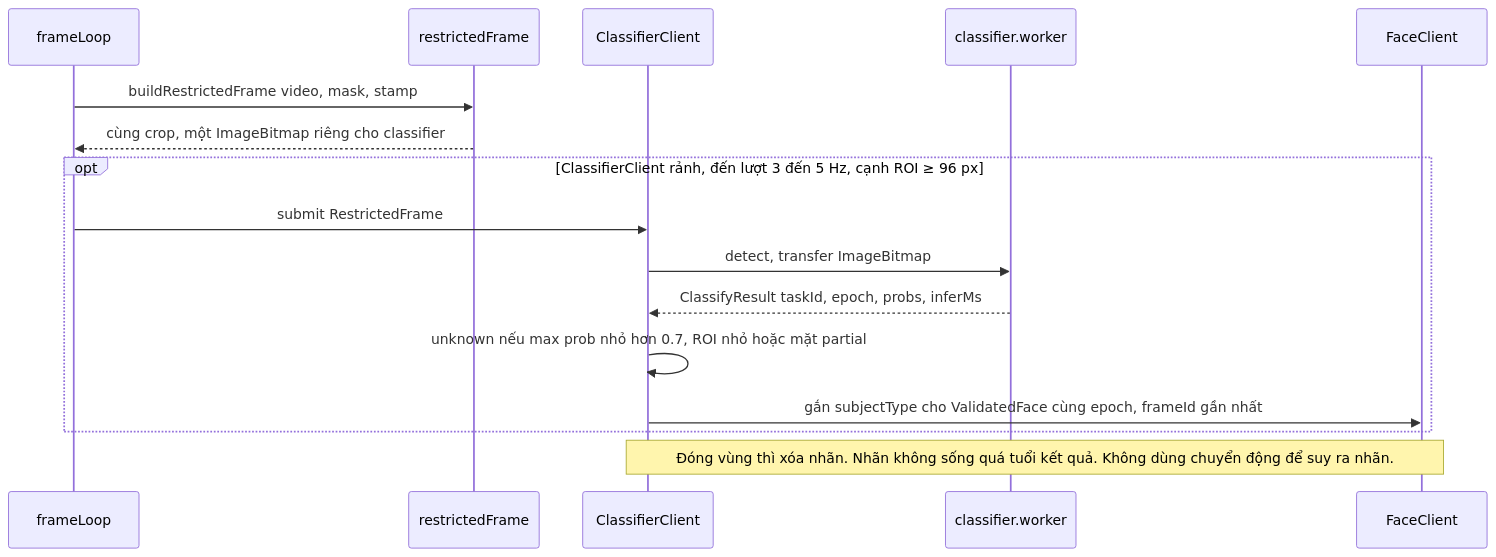
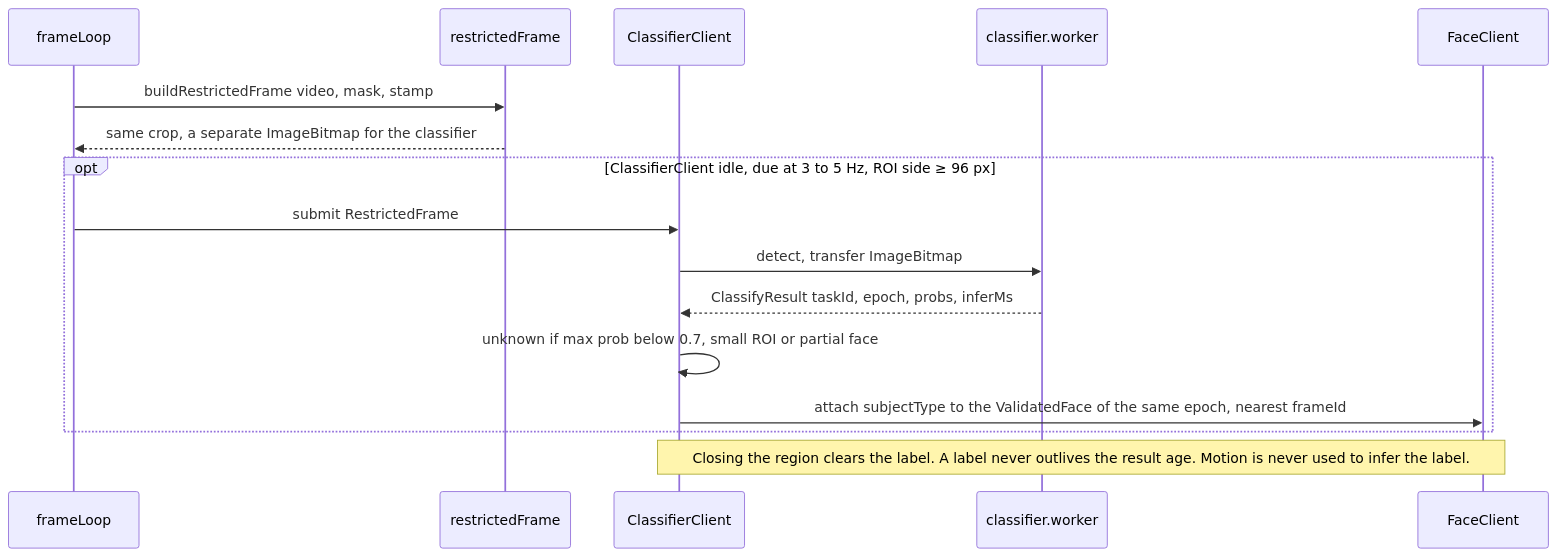
One commit to Lorah101204/Finger_And_Face_Tracking changed diagram 15 of 18 in docs/WORK-BREAKDOWN.md. Above: the diagram before and after it, drawn with Mermaid. The commit also changed other lines of this file and 35 other files, not shown here.

````diff
--- a/docs/WORK-BREAKDOWN.md
+++ b/docs/WORK-BREAKDOWN.md
@@ -702,18 +702,18 @@
 ```mermaid
 sequenceDiagram
   participant FRAMELOOP as frameLoop
   participant RF as restrictedFrame
   participant CC as ClassifierClient
   participant CW as classifier.worker
   participant FC as FaceClient
   FRAMELOOP->>RF: buildRestrictedFrame video, mask, stamp
-  RF-->>FRAMELOOP: cùng crop, một ImageBitmap riêng cho classifier
-  opt ClassifierClient rảnh, đến lượt 3 đến 5 Hz, cạnh ROI ≥ 96 px
+  RF-->>FRAMELOOP: same crop, a separate ImageBitmap for the classifier
+  opt ClassifierClient idle, due at 3 to 5 Hz, ROI side ≥ 96 px
     FRAMELOOP->>CC: submit RestrictedFrame
     CC->>CW: detect, transfer ImageBitmap
     CW-->>CC: ClassifyResult taskId, epoch, probs, inferMs
-    CC->>CC: unknown nếu max prob nhỏ hơn 0.7, ROI nhỏ hoặc mặt partial
-    CC->>FC: gắn subjectType cho ValidatedFace cùng epoch, frameId gần nhất
+    CC->>CC: unknown if max prob below 0.7, small ROI or partial face
+    CC->>FC: attach subjectType to the ValidatedFace of the same epoch, nearest frameId
   end
-  Note over CC,FC: Đóng vùng thì xóa nhãn. Nhãn không sống quá tuổi kết quả. Không dùng chuyển động để suy ra nhãn.
+  Note over CC,FC: Closing the region clears the label. A label never outlives the result age. Motion is never used to infer the label.
 ```
````
